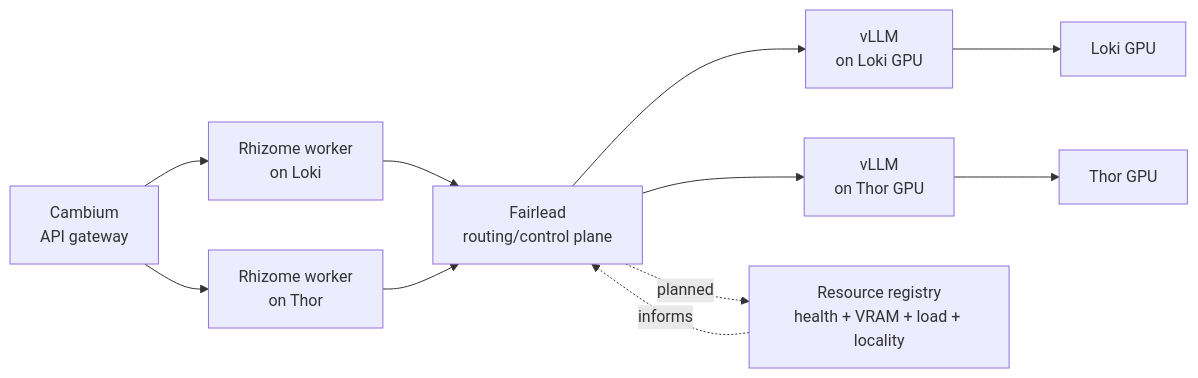
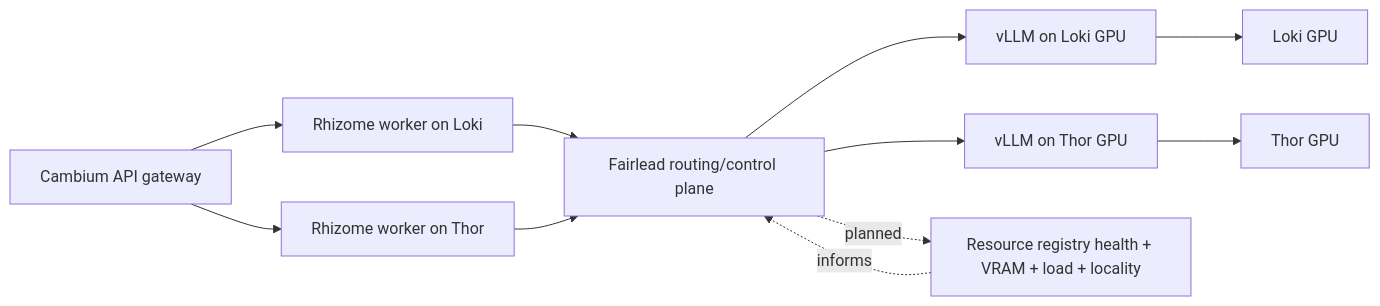
The diagram in docs/architecture.md (ybordag/fairlead), drawn with Mermaid before and after one commit. The commit also changed 2 other files, not shown here.

Commit message:
docs(bluewater): scope first implementation epics

````diff
--- a/docs/architecture.md
+++ b/docs/architecture.md
@@ -127,17 +127,17 @@
 ```mermaid
 flowchart LR
-    cambium["Cambium\nAPI gateway"] --> rhizome_loki["Rhizome worker\non Loki"]
-    cambium --> rhizome_thor["Rhizome worker\non Thor"]
+    cambium["Cambium API gateway"] --> rhizome_loki["Rhizome worker on Loki"]
+    cambium --> rhizome_thor["Rhizome worker on Thor"]
 
-    rhizome_loki --> fairlead["Fairlead\nrouting/control plane"]
+    rhizome_loki --> fairlead["Fairlead routing/control plane"]
     rhizome_thor --> fairlead
 
-    fairlead --> vllm_loki["vLLM\non Loki GPU"]
-    fairlead --> vllm_thor["vLLM\non Thor GPU"]
+    fairlead --> vllm_loki["vLLM on Loki GPU"]
+    fairlead --> vllm_thor["vLLM on Thor GPU"]
 
     vllm_loki --> gpu_loki["Loki GPU"]
     vllm_thor --> gpu_thor["Thor GPU"]
 
-    fairlead -. planned .-> registry["Resource registry\nhealth + VRAM + load + locality"]
+    fairlead -. planned .-> registry["Resource registry health + VRAM + load + locality"]
     registry -. informs .-> fairlead
 ```
````
